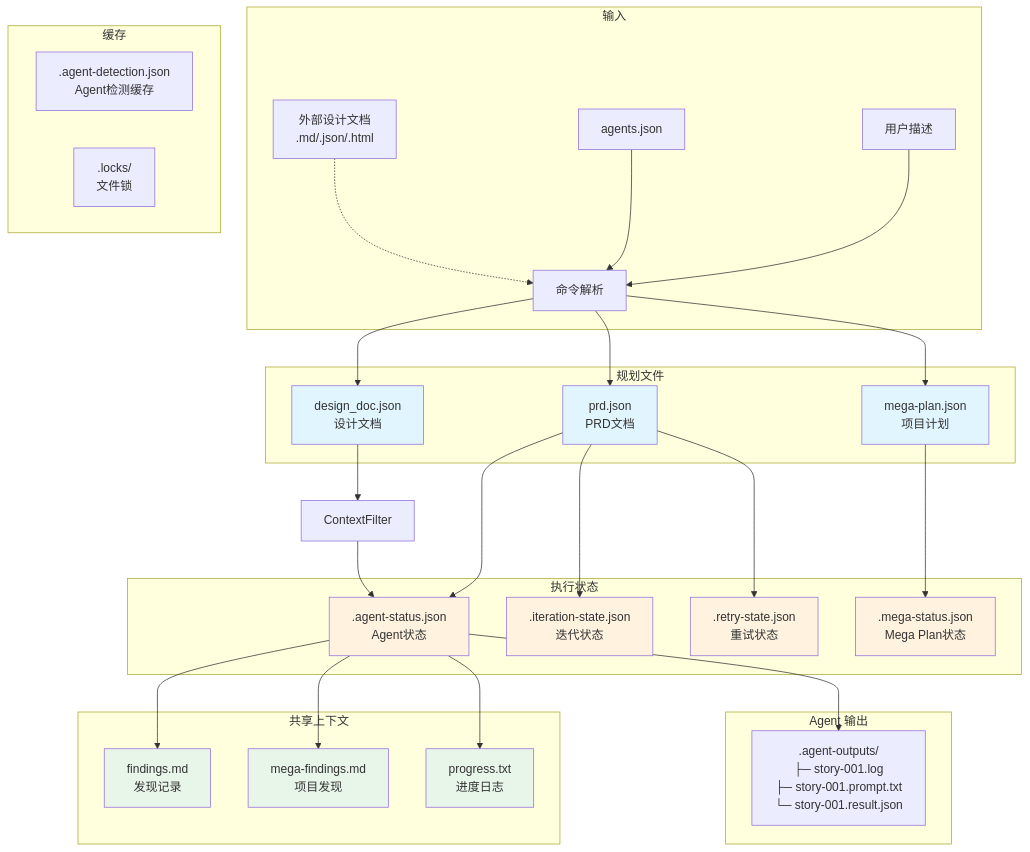
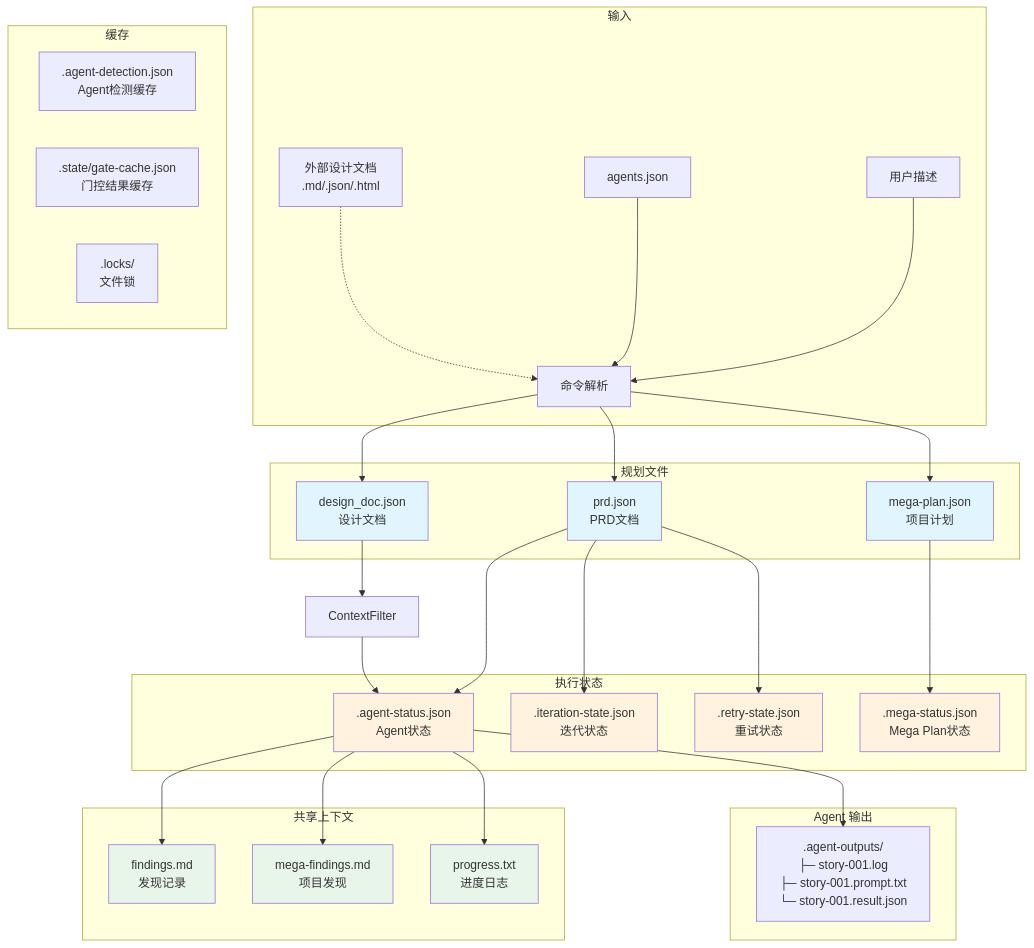
Diagram 13 of 13 in docs/System-Architecture_zh.md (Taoidle/plan-cascade), drawn with Mermaid before and after one commit. The commit also changed other lines of this file and 12 other files, not shown here.

````diff
--- a/docs/System-Architecture_zh.md
+++ b/docs/System-Architecture_zh.md
@@ -801,50 +810,51 @@
 ```mermaid
 graph TB
     subgraph "输入"
         U[用户描述] --> CMD[命令解析]
         CFG[agents.json] --> CMD
         EXT[外部设计文档<br/>.md/.json/.html] -.-> CMD
     end
 
     subgraph "规划文件"
         CMD --> PRD[prd.json<br/>PRD文档]
         CMD --> MP[mega-plan.json<br/>项目计划]
         CMD --> DD[design_doc.json<br/>设计文档]
     end
 
     subgraph "执行状态"
         PRD --> AS[.agent-status.json<br/>Agent状态]
         PRD --> IS[.iteration-state.json<br/>迭代状态]
         PRD --> RS[.retry-state.json<br/>重试状态]
         MP --> MS[.mega-status.json<br/>Mega Plan状态]
     end
 
     subgraph "共享上下文"
         AS --> FD[findings.md<br/>发现记录]
         AS --> MF[mega-findings.md<br/>项目发现]
         AS --> PG[progress.txt<br/>进度日志]
     end
 
     subgraph "Agent 输出"
         AS --> AO[.agent-outputs/<br/>├─ story-001.log<br/>├─ story-001.prompt.txt<br/>└─ story-001.result.json]
     end
 
     subgraph "缓存"
         AD[.agent-detection.json<br/>Agent检测缓存]
+        GCF[.state/gate-cache.json<br/>门控结果缓存]
         LK[.locks/<br/>文件锁]
     end
 
     DD --> CF[ContextFilter]
     CF --> AS
 
     style PRD fill:#e1f5fe
     style MP fill:#e1f5fe
     style DD fill:#e1f5fe
     style AS fill:#fff3e0
     style IS fill:#fff3e0
     style RS fill:#fff3e0
     style MS fill:#fff3e0
     style FD fill:#e8f5e9
     style MF fill:#e8f5e9
     style PG fill:#e8f5e9
 ```
````
